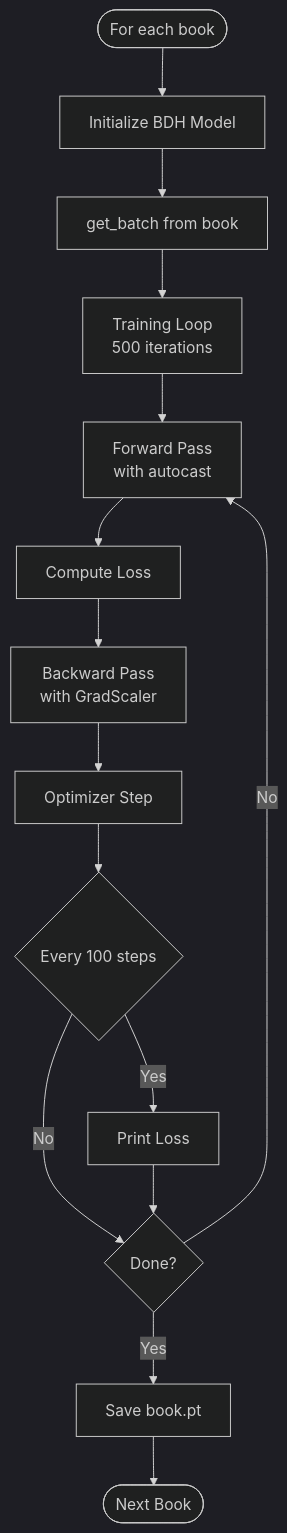
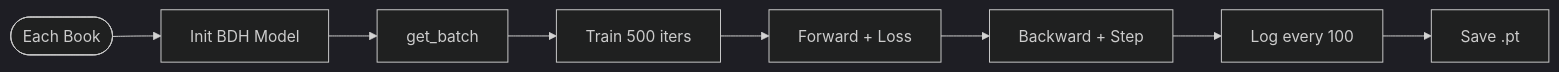
One commit to knalins/kgp_hackathon_dvnkr changed the fourth of 4 diagrams in README.md. Above: the diagram before and after it, drawn with Mermaid (dark theme).

````diff
--- a/README.md
+++ b/README.md
@@ -137,17 +137,10 @@
 ```mermaid
-flowchart TD
-    START([For each book]) --> INIT[Initialize BDH Model]
-    INIT --> LOAD[get_batch from book]
-    LOAD --> LOOP[Training Loop<br/>500 iterations]
-    LOOP --> FWD[Forward Pass<br/>with autocast]
-    FWD --> LOSS[Compute Loss]
-    LOSS --> BWD[Backward Pass<br/>with GradScaler]
-    BWD --> STEP[Optimizer Step]
-    STEP --> LOG{Every 100 steps}
-    LOG -->|Yes| PRINT[Print Loss]
-    LOG -->|No| CHECK{Done?}
-    PRINT --> CHECK
-    CHECK -->|No| FWD
-    CHECK -->|Yes| SAVE[Save book.pt]
-    SAVE --> NEXT([Next Book])
+flowchart LR
+    BOOK([Each Book]) --> INIT[Init BDH Model]
+    INIT --> BATCH[get_batch]
+    BATCH --> LOOP[Train 500 iters]
+    LOOP --> FWD[Forward + Loss]
+    FWD --> BWD[Backward + Step]
+    BWD --> LOG[Log every 100]
+    LOG --> SAVE[Save .pt]
 ```
````
